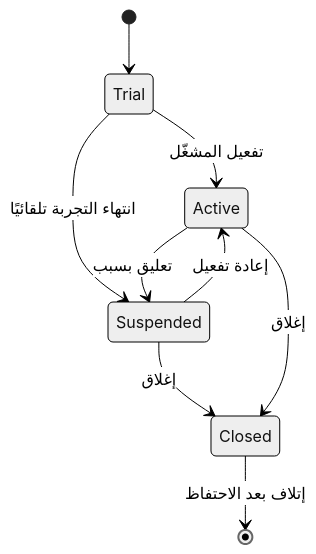
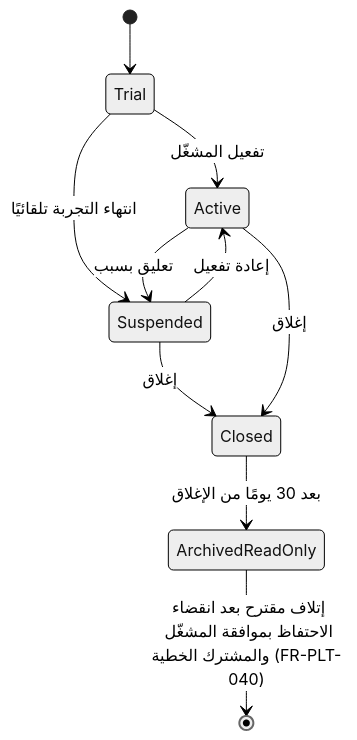
The fifth of 6 diagrams in treasury-platform/docs/10-detailed-analysis/10-m0-m1-platform-organization.md (thawrasy/smartlines), drawn with Mermaid (neutral theme) before and after one commit. The commit also changed other lines of this file and 7 other files, not shown here.

````diff
--- a/treasury-platform/docs/10-detailed-analysis/10-m0-m1-platform-organization.md
+++ b/treasury-platform/docs/10-detailed-analysis/10-m0-m1-platform-organization.md
@@ -447,11 +452,12 @@
 ```mermaid
 stateDiagram-v2
   [*] --> Trial
   Trial --> Active : تفعيل المشغّل
   Trial --> Suspended : انتهاء التجربة تلقائيًا
   Active --> Suspended : تعليق بسبب
   Suspended --> Active : إعادة تفعيل
   Suspended --> Closed : إغلاق
   Active --> Closed : إغلاق
-  Closed --> [*] : إتلاف بعد الاحتفاظ
+  Closed --> ArchivedReadOnly : بعد 30 يومًا من الإغلاق
+  ArchivedReadOnly --> [*] : إتلاف مقترح بعد انقضاء الاحتفاظ بموافقة المشغّل والمشترك الخطية (FR-PLT-040)
 ```
````
